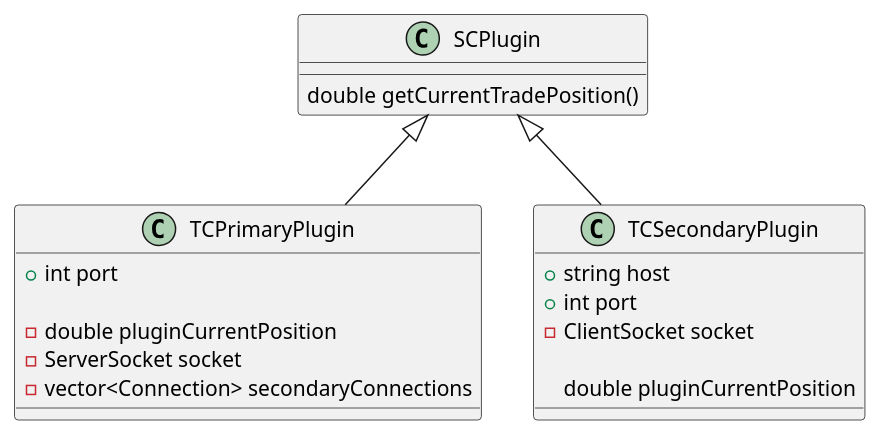
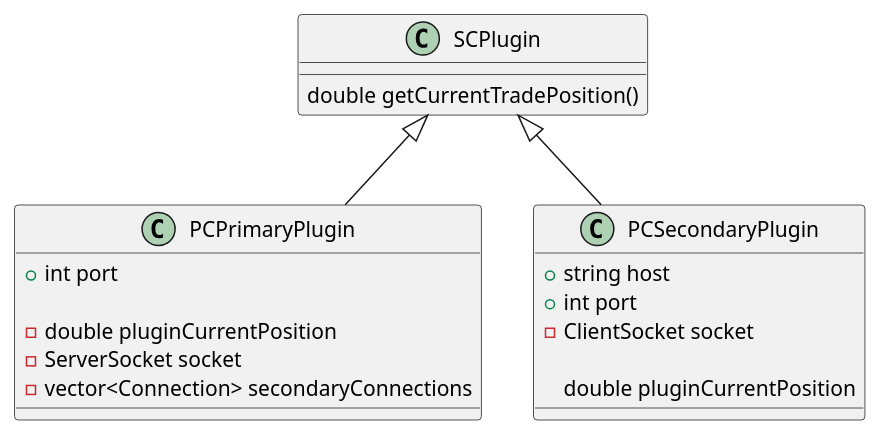
Before and after one commit to sohailsomani/sc_position_copy: the second of 2 diagrams in dev/design.org, drawn with PlantUML. The commit also changed other lines of this file and 8 other files, not shown here.

```diff
--- a/dev/design.org
+++ b/dev/design.org
@@ -48,25 +48,25 @@
 #+begin_src plantuml :file class.png
   class SCPlugin {
     double getCurrentTradePosition()
   }
 
-  class TCPrimaryPlugin {
+  class PCPrimaryPlugin {
     +int port
 
     -double pluginCurrentPosition
     -ServerSocket socket
     -vector<Connection> secondaryConnections
 
   }
 
-  class TCSecondaryPlugin {
+  class PCSecondaryPlugin {
     +string host
     +int port
     -ClientSocket socket
 
     double pluginCurrentPosition
   }
 
-  SCPlugin <|-- TCPrimaryPlugin
-  SCPlugin <|-- TCSecondaryPlugin
+  SCPlugin <|-- PCPrimaryPlugin
+  SCPlugin <|-- PCSecondaryPlugin
 #+end_src
```
